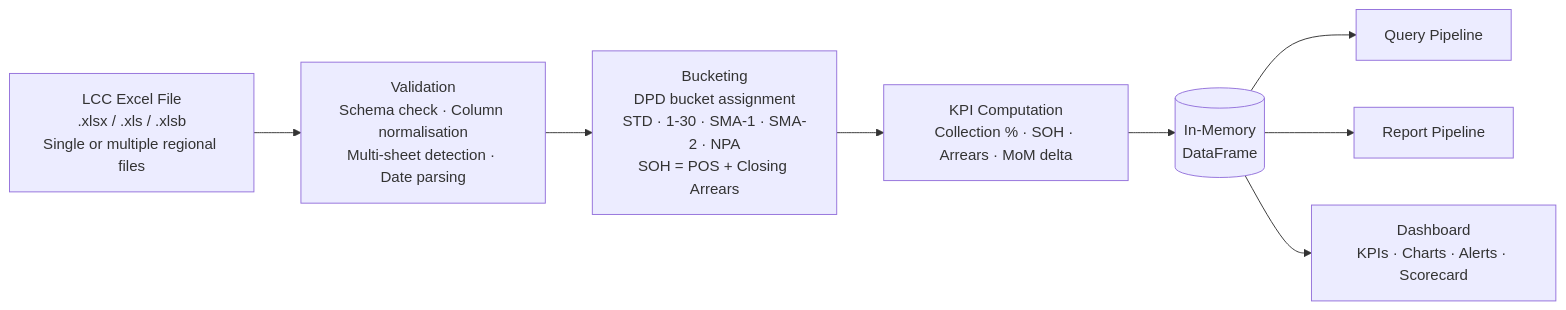
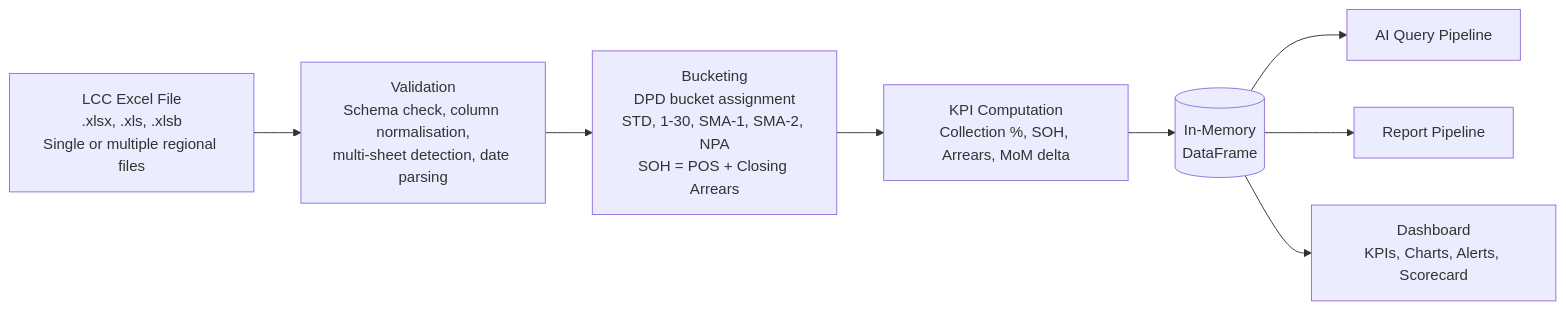
The third of 3 diagrams in CLAUDE.md (Sanjay-00/CollectionIQ), drawn with Mermaid before and after one commit. The commit also changed other lines of this file and 40 other files, not shown here.

Commit message:
Version 3.11: Report pipeline expanded to 18 sections + bug fixes + AI query fix

````diff
--- a/CLAUDE.md
+++ b/CLAUDE.md
@@ -114,10 +139,10 @@
 ```mermaid
 flowchart LR
-    XL["LCC Excel File\n.xlsx / .xls / .xlsb\nSingle or multiple regional files"] --> VAL["Validation\nSchema check · Column normalisation\nMulti-sheet detection · Date parsing"]
-    VAL --> BK["Bucketing\nDPD bucket assignment\nSTD · 1-30 · SMA-1 · SMA-2 · NPA\nSOH = POS + Closing Arrears"]
-    BK --> KPI["KPI Computation\nCollection % · SOH · Arrears · MoM delta"]
+    XL["LCC Excel File\n.xlsx, .xls, .xlsb\nSingle or multiple regional files"] --> VAL["Validation\nSchema check, column normalisation,\nmulti-sheet detection, date parsing"]
+    VAL --> BK["Bucketing\nDPD bucket assignment\nSTD, 1-30, SMA-1, SMA-2, NPA\nSOH = POS + Closing Arrears"]
+    BK --> KPI["KPI Computation\nCollection %, SOH, Arrears, MoM delta"]
     KPI --> DF[("In-Memory\nDataFrame")]
-    DF --> QP2["Query Pipeline"]
+    DF --> QP2["AI Query Pipeline"]
     DF --> RP2["Report Pipeline"]
-    DF --> DB["Dashboard\nKPIs · Charts · Alerts · Scorecard"]
+    DF --> DB["Dashboard\nKPIs, Charts, Alerts, Scorecard"]
 ```
````
